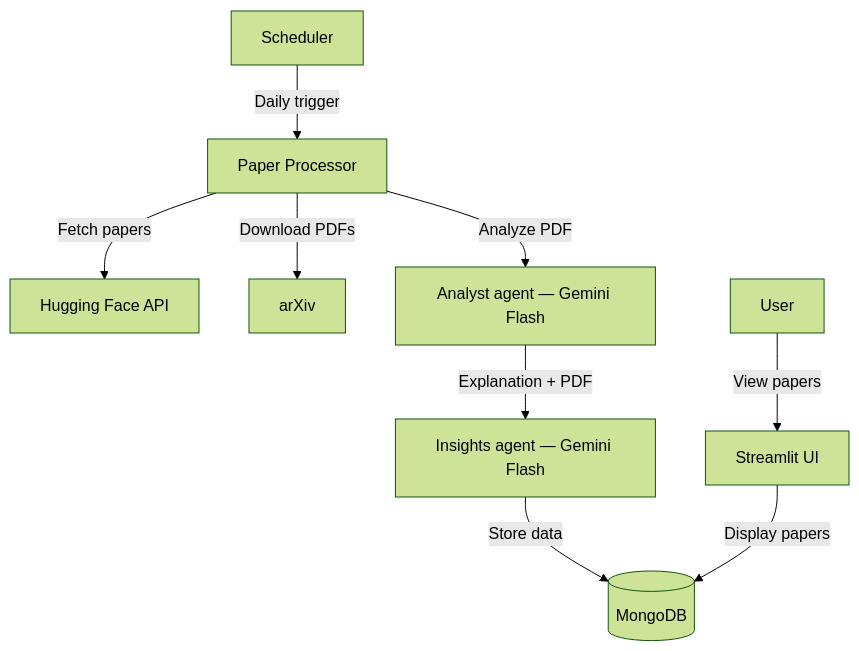
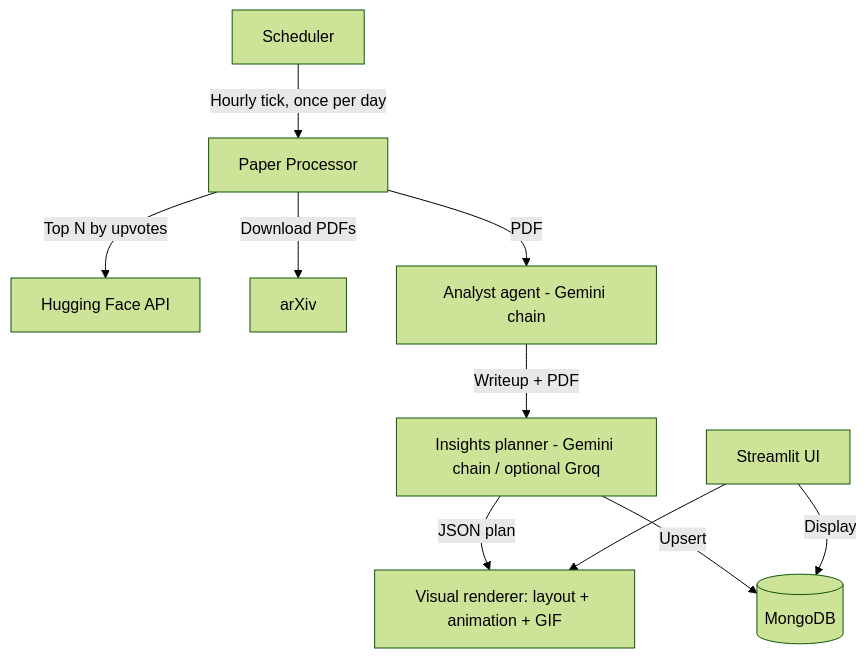
The diagram in README.md (smokeyScraper/PaperFlux), drawn with Mermaid (forest theme) before and after one commit. The commit also changed other lines of this file and 36 other files, not shown here.

````diff
--- a/README.md
+++ b/README.md
@@ -29,12 +29,12 @@
 ```mermaid
    flowchart TD
-      A[Scheduler] -->|Daily trigger| B[Paper Processor]
-      B -->|Fetch papers| C[Hugging Face API]
+      A[Scheduler] -->|Hourly tick, once per day| B[Paper Processor]
+      B -->|Top N by upvotes| C[Hugging Face API]
       B -->|Download PDFs| D[arXiv]
-      B -->|Analyze PDF| E[Analyst agent — Gemini Flash]
-      E -->|Explanation + PDF| I[Insights agent — Gemini Flash]
-      I -->|Store data| F[(MongoDB)]
-      G[Streamlit UI] -->|Display papers| F
-      H[User] -->|View papers| G
-
+      B -->|PDF| E[Analyst agent - Gemini chain]
+      E -->|Writeup + PDF| I[Insights planner - Gemini chain / optional Groq]
+      I -->|JSON plan| R[Visual renderer: layout + animation + GIF]
+      I -->|Upsert| F[(MongoDB)]
+      G[Streamlit UI] -->|Display| F
+      G --> R
 ```
````
